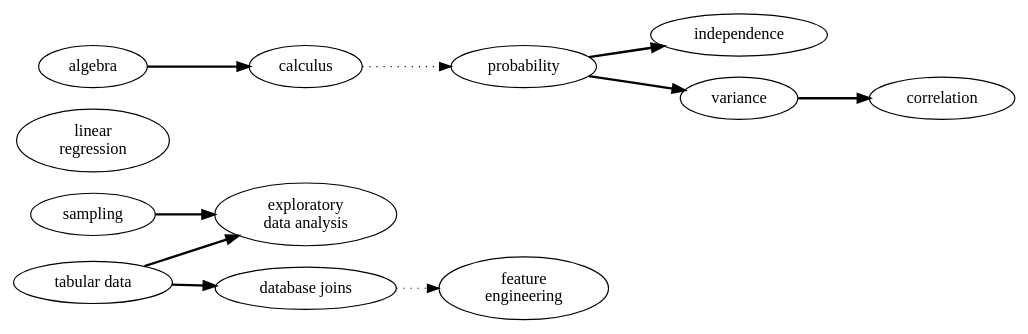
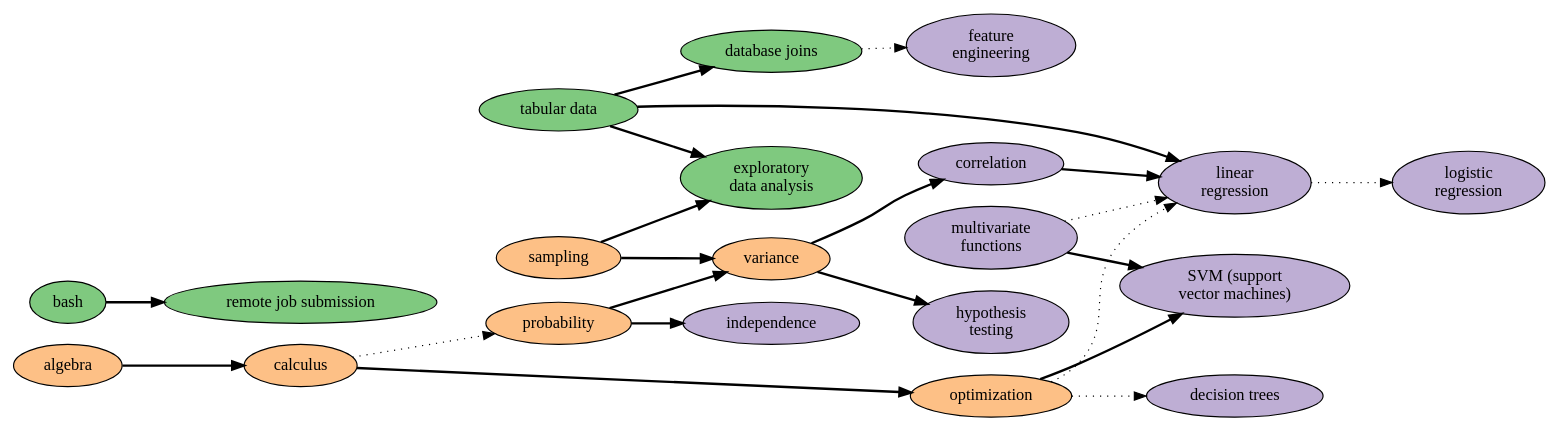
One commit to clarkfitzg/course_planning changed the diagram in prerequisites.dot. Above: the diagram before and after it, drawn with Graphviz.

Commit message:
starting to use nice colors

```diff
--- a/prerequisites.dot
+++ b/prerequisites.dot
@@ -1,30 +1,60 @@
 digraph G {
 
 rankdir=LR;
 
-eda [label = "exploratory\ndata analysis"];
+// computer science / programming
+node [style = "filled", fillcolor = "/accent3/1"]
+
 tabular [label = "tabular data"];
 joins [label = "database joins"];
+bash;
+remote_hpc [label = "remote job submission"];
+eda [label = "exploratory\ndata analysis"];
+
+
+// mathematical
+node [style = "filled", fillcolor = "/accent3/2"]
+
 linreg [label = "linear\nregression"];
+logreg [label = "logistic\nregression"];
 feature [label = "feature\nengineering"];
 correlation;
 independence;
+svm [label = "SVM (support\nvector machines)"];
+trees [label = "decision trees"];
+multivar [label = "multivariate\nfunctions"];
+hypo [label = "hypothesis\ntesting"];
+
+// statistical / machine learning
+node [style = "filled", fillcolor = "/accent3/3"]
 
 // hard prerequisites
 edge [style = "bold"];
 
 algebra -> calculus;
+calculus -> optimization;
 tabular -> joins;
 tabular -> eda;
+tabular -> linreg;
 sampling -> eda;
 variance -> correlation;
 probability -> variance;
 probability -> independence;
+variance -> hypo;
+sampling -> variance;
+correlation -> linreg;
+optimization -> svm;
+multivar -> svm;
+bash -> remote_hpc;
 
 // soft prerequisites
 edge [style = "dotted"];
 
 calculus -> probability;
 joins -> feature;
+optimization -> linreg;
+optimization -> trees;
+multivar -> linreg;
+linreg -> logreg;
 
 }
```
